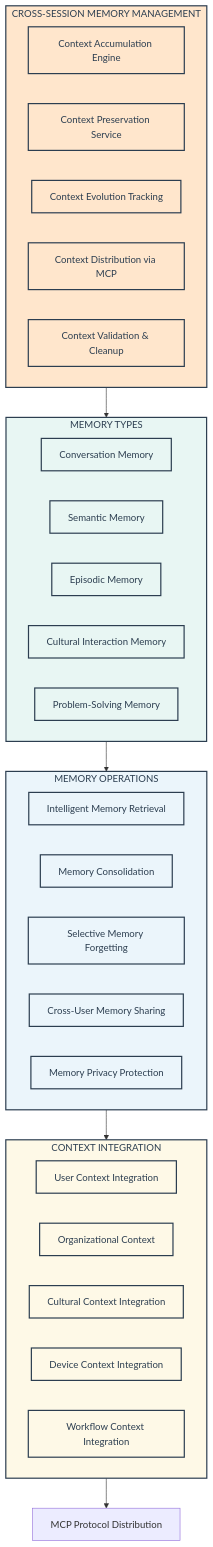
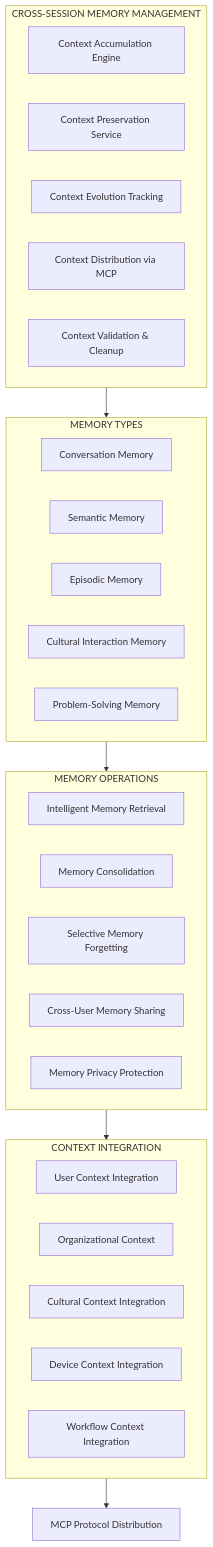
The fourth of 12 diagrams in ME.AI - TDD Year 1 v16.md (ME-ai-agents/docs_prod), drawn with Mermaid before and after one commit. The commit also changed other lines of this file, not shown here.

````diff
--- a/ME.AI - TDD Year 1 v16.md
+++ b/ME.AI - TDD Year 1 v16.md
@@ -283,49 +249,39 @@
 ```mermaid
 flowchart TD
     subgraph CrossSessionMemory["CROSS-SESSION MEMORY MANAGEMENT"]
         ContextAccumulation[Context Accumulation Engine]
         ContextPreservation[Context Preservation Service]
         ContextEvolution[Context Evolution Tracking]
         ContextDistribution[Context Distribution via MCP]
         ContextValidation[Context Validation & Cleanup]
     end
     
     subgraph MemoryTypes["MEMORY TYPES"]
         ConversationMemory[Conversation Memory]
         SemanticMemory[Semantic Memory]
         EpisodicMemory[Episodic Memory]
         CulturalMemory[Cultural Interaction Memory]
         ProblemSolvingMemory[Problem-Solving Memory]
     end
     
     subgraph MemoryOperations["MEMORY OPERATIONS"]
         MemoryRetrieval[Intelligent Memory Retrieval]
         MemoryConsolidation[Memory Consolidation]
         MemoryForgetting[Selective Memory Forgetting]
         MemorySharing[Cross-User Memory Sharing]
         MemoryPrivacy[Memory Privacy Protection]
     end
     
     subgraph ContextIntegration["CONTEXT INTEGRATION"]
         UserContextIntegration[User Context Integration]
         OrganizationalContext[Organizational Context]
         CulturalContextIntegration[Cultural Context Integration]
         DeviceContextIntegration[Device Context Integration]
         WorkflowContextIntegration[Workflow Context Integration]
     end
     
     CrossSessionMemory --> MemoryTypes
     MemoryTypes --> MemoryOperations
     MemoryOperations --> ContextIntegration
     ContextIntegration --> MCPProtocol[MCP Protocol Distribution]
-    
-    classDef memoryStyle fill:#FFE6CC,stroke:#2C3E50,stroke-width:2px,color:#2C3E50
-    classDef typeStyle fill:#E8F6F3,stroke:#2C3E50,stroke-width:2px,color:#2C3E50
-    classDef operationStyle fill:#EBF5FB,stroke:#2C3E50,stroke-width:2px,color:#2C3E50
-    classDef integrationStyle fill:#FEF9E7,stroke:#2C3E50,stroke-width:2px,color:#2C3E50
-    
-    class CrossSessionMemory,ContextAccumulation,ContextPreservation,ContextEvolution,ContextDistribution,ContextValidation memoryStyle
-    class MemoryTypes,ConversationMemory,SemanticMemory,EpisodicMemory,CulturalMemory,ProblemSolvingMemory typeStyle
-    class MemoryOperations,MemoryRetrieval,MemoryConsolidation,MemoryForgetting,MemorySharing,MemoryPrivacy operationStyle
-    class ContextIntegration,UserContextIntegration,OrganizationalContext,CulturalContextIntegration,DeviceContextIntegration,WorkflowContextIntegration integrationStyle
 ```
````
